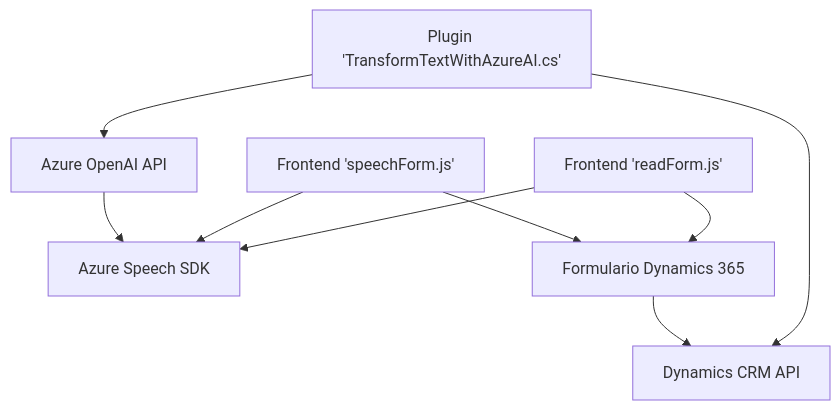
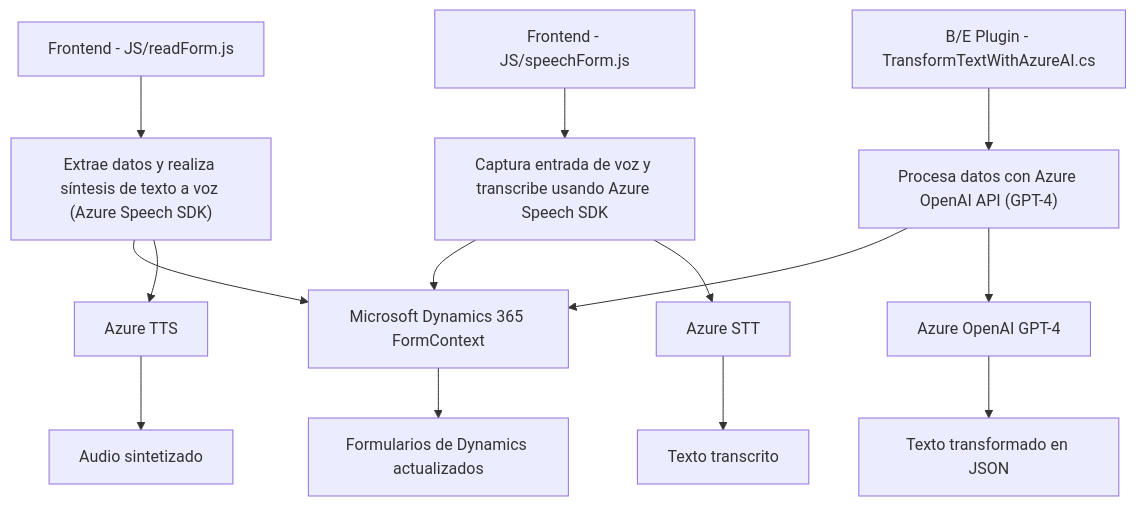
Before and after one commit to blopezdm/NETCORE_BILBAO2025: the diagram in README.md, drawn with Mermaid. The commit also changed other lines of this file, not shown here.

Commit message:
Actualizar análisis global de la solución con IA

````diff
--- a/README.md
+++ b/README.md
@@ -44,11 +36,16 @@
 ```mermaid
 graph TD
-    A["Frontend 'readForm.js'"] --> B["Azure Speech SDK"]
-    A --> C["Formulario Dynamics 365"]
-    D["Frontend 'speechForm.js'"] --> B
-    D --> C
-    E["Plugin 'TransformTextWithAzureAI.cs'"] --> F["Dynamics CRM API"]
-    E --> G["Azure OpenAI API"]
-    G --> B
-    C --> F
+  A["Frontend - JS/readForm.js"] --> B["Extrae datos y realiza síntesis de texto a voz (Azure Speech SDK)"]
+  C["Frontend - JS/speechForm.js"] --> D["Captura entrada de voz y transcribe usando Azure Speech SDK"]
+  E["B/E Plugin - TransformTextWithAzureAI.cs"] --> F["Procesa datos con Azure OpenAI API (GPT-4)"]
+  B --> G["Microsoft Dynamics 365 FormContext"]
+  D --> G
+  F --> G
+  G --> H["Formularios de Dynamics actualizados"]
+  B --> I["Azure TTS"]
+  D --> J["Azure STT"]
+  F --> K["Azure OpenAI GPT-4"]
+  I --> L["Audio sintetizado"]
+  J --> M["Texto transcrito"]
+  K --> N["Texto transformado en JSON"]
 ```
````
